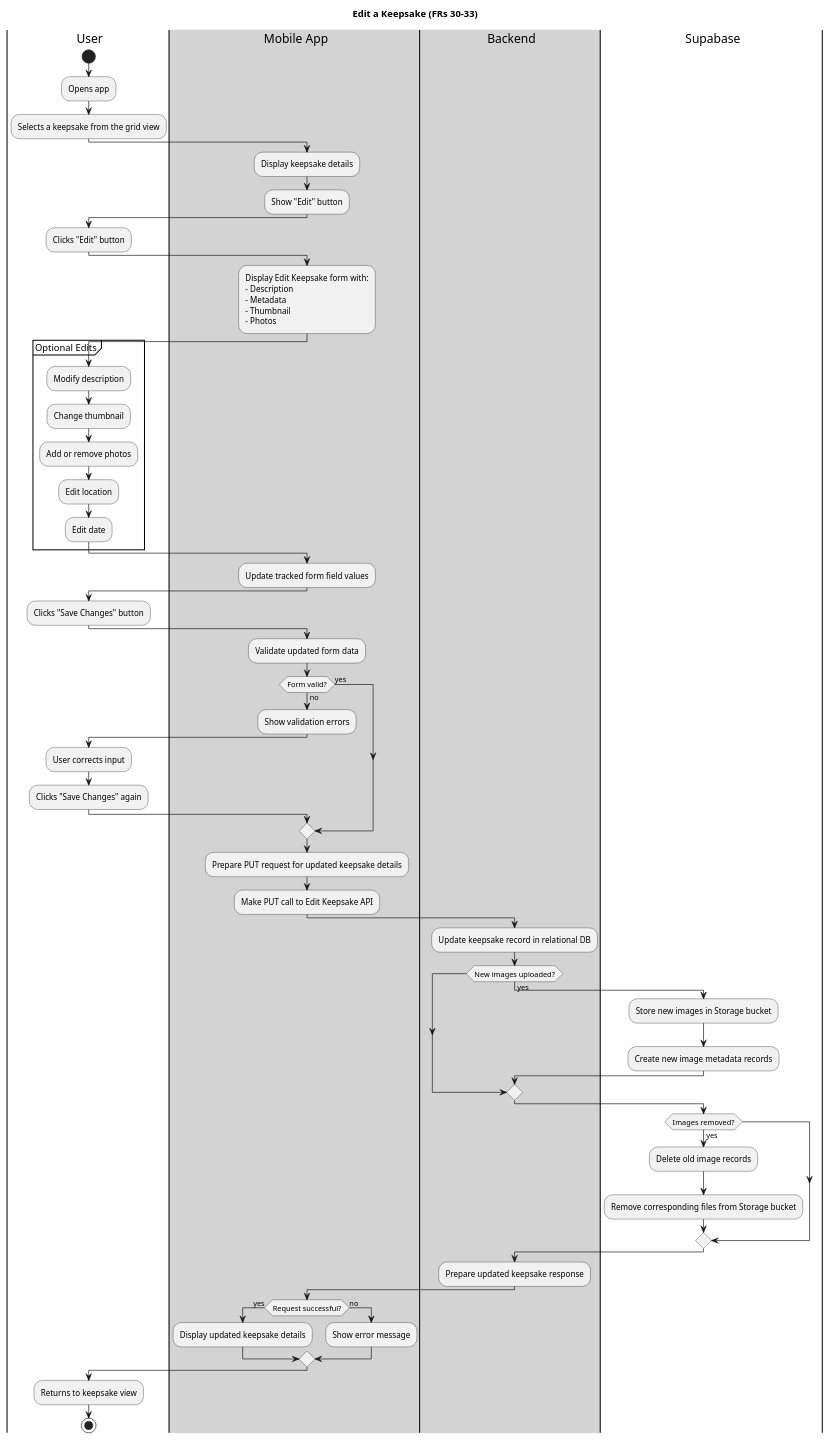
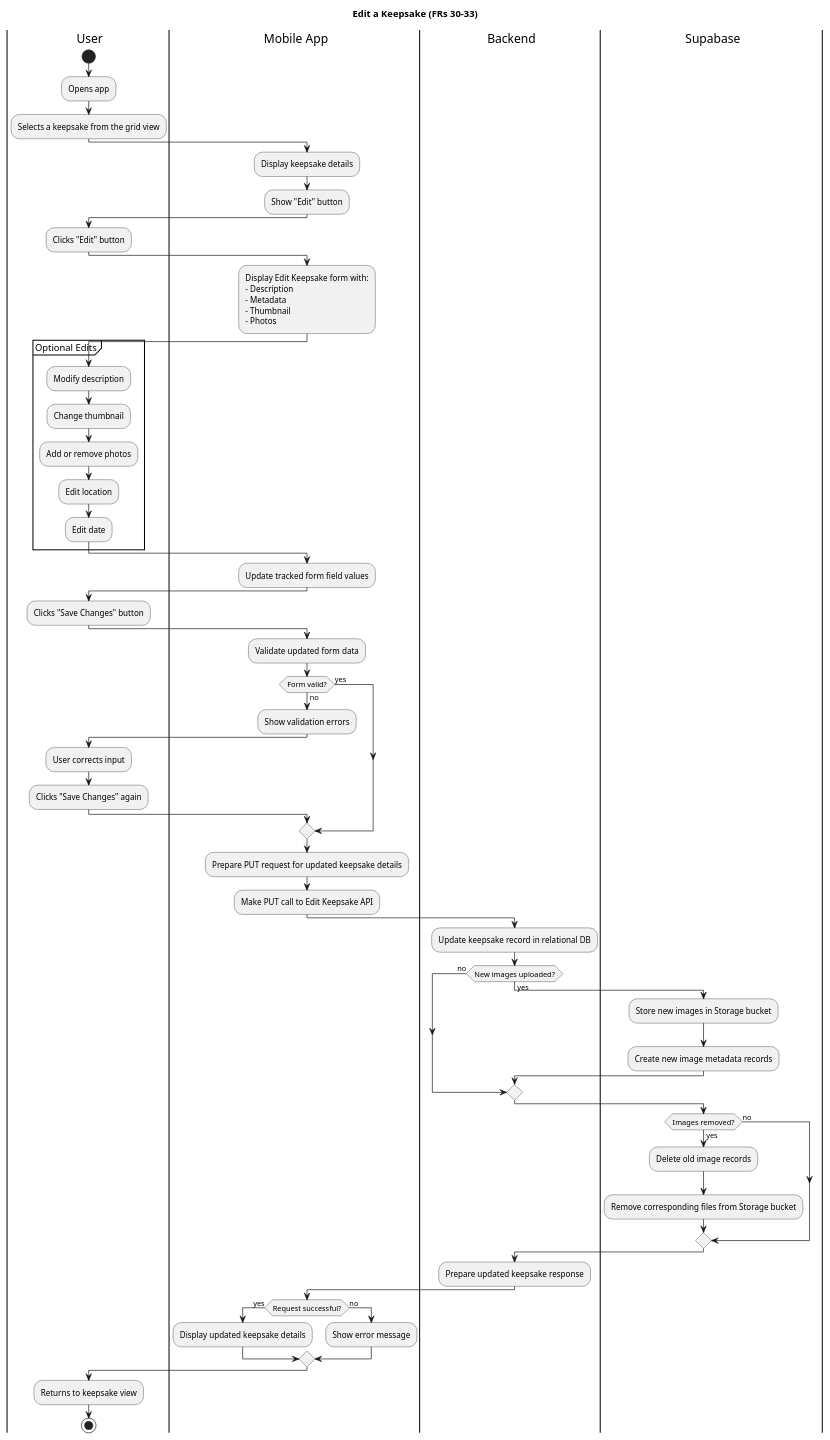
The diagram in docs/activity/edit-memento.puml (owencooke/memento), drawn with PlantUML before and after one commit. The commit also changed 14 other files, not shown here.

```diff
--- a/docs/activity/edit-memento.puml
+++ b/docs/activity/edit-memento.puml
@@ -1,84 +1,86 @@
 @startuml
 title Edit a Keepsake (FRs 30-33)
 
 |user| User
-|#lightgray|mobile| Mobile App
-|#lightgray|backend| Backend
+|mobile| Mobile App
+|backend| Backend
 |db| Supabase
 
 |user|
 start
 :Opens app;
 :Selects a keepsake from the grid view;
 
 |mobile|
 :Display keepsake details;
 :Show "Edit" button;
 
 |user|
 :Clicks "Edit" button;
 
 |mobile|
 :Display Edit Keepsake form with:
 - Description
 - Metadata
 - Thumbnail
 - Photos;
 
 |user|
 partition "Optional Edits" {
   :Modify description;
   :Change thumbnail;
   :Add or remove photos;
   :Edit location;
   :Edit date;
 }
 
 |mobile|
 :Update tracked form field values;
 
 |user|
 :Clicks "Save Changes" button;
 
 |mobile|
 :Validate updated form data;
 if (Form valid?) is (no) then
   :Show validation errors;
   |user|
   :User corrects input;
   :Clicks "Save Changes" again;
 |mobile|
 else (yes)
 endif
 
 :Prepare PUT request for updated keepsake details;
 :Make PUT call to Edit Keepsake API;
 
 |backend|
 :Update keepsake record in relational DB;
 if (New images uploaded?) is (yes) then
   |db|
   :Store new images in Storage bucket;
   :Create new image metadata records;
+else (no)
 endif
 if (Images removed?) is (yes) then
   |db|
   :Delete old image records;
   :Remove corresponding files from Storage bucket;
+else (no)
 endif
 
 |backend|
 :Prepare updated keepsake response;
 
 |mobile|
 if (Request successful?) is (yes) then
   :Display updated keepsake details;
 else (no)
   :Show error message;
 endif
 
 |user|
 :Returns to keepsake view;
 
 stop
 @enduml
```
